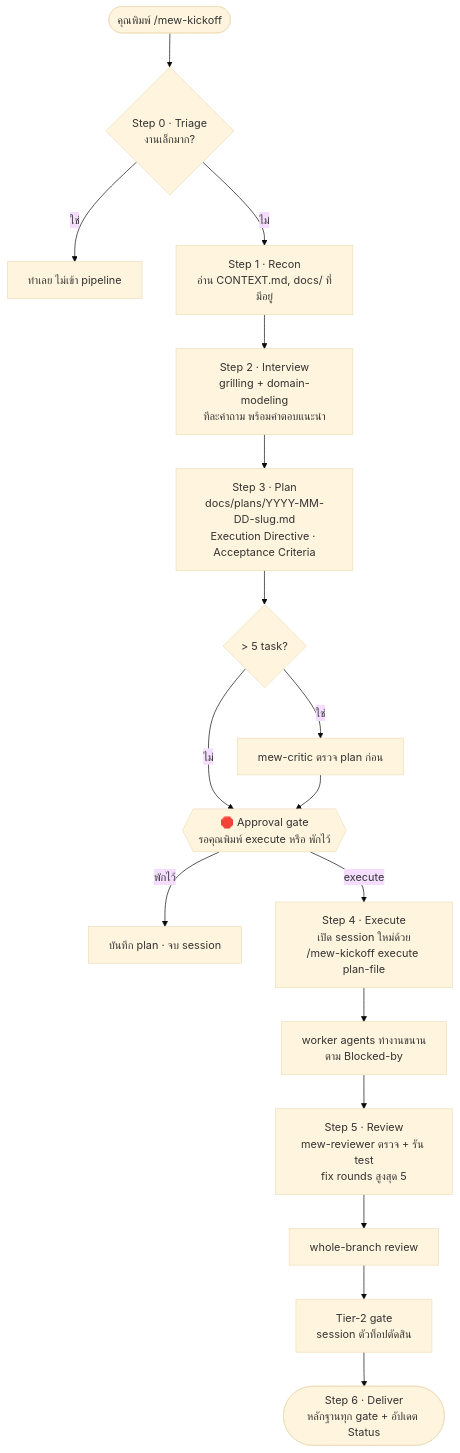
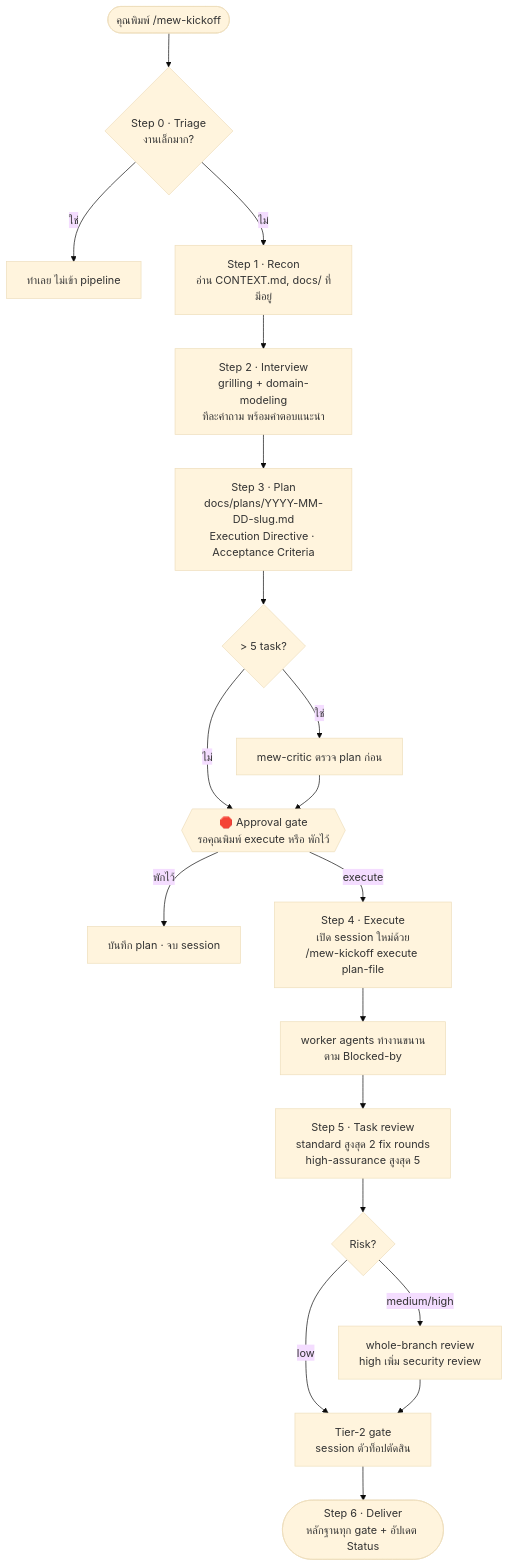
The diagram in README.md (mewic/mew-kickoff), drawn with Mermaid (base theme) before and after one commit. The commit also changed other lines of this file and 25 other files, not shown here.

````diff
--- a/README.md
+++ b/README.md
@@ -44,20 +44,23 @@
 ```mermaid
 flowchart TD
     A([คุณพิมพ์ /mew-kickoff]) --> B{Step 0 · Triage<br/>งานเล็กมาก?}
     B -- ใช่ --> B1[ทำเลย ไม่เข้า pipeline]
     B -- ไม่ --> C[Step 1 · Recon<br/>อ่าน CONTEXT.md, docs/ ที่มีอยู่]
     C --> D[Step 2 · Interview<br/>grilling + domain-modeling<br/>ทีละคำถาม พร้อมคำตอบแนะนำ]
     D --> E[Step 3 · Plan<br/>docs/plans/YYYY-MM-DD-slug.md<br/>Execution Directive · Acceptance Criteria]
     E --> E1{"> 5 task?"}
     E1 -- ใช่ --> E2[mew-critic ตรวจ plan ก่อน]
     E1 -- ไม่ --> F
     E2 --> F
     F{{"🛑 Approval gate<br/>รอคุณพิมพ์ execute หรือ พักไว้"}}
     F -- พักไว้ --> F1[บันทึก plan · จบ session]
     F -- execute --> G[Step 4 · Execute<br/>เปิด session ใหม่ด้วย<br/>/mew-kickoff execute plan-file]
     G --> H[worker agents ทำงานขนาน<br/>ตาม Blocked-by]
-    H --> I[Step 5 · Review<br/>mew-reviewer ตรวจ + รัน test<br/>fix rounds สูงสุด 5]
-    I --> J[whole-branch review]
-    J --> K[Tier-2 gate<br/>session ตัวท็อปตัดสิน]
+    H --> I[Step 5 · Task review<br/>standard สูงสุด 2 fix rounds<br/>high-assurance สูงสุด 5]
+    I --> J{Risk?}
+    J -- low --> K
+    J -- medium/high --> J1[whole-branch review<br/>high เพิ่ม security review]
+    J1 --> K
+    K[Tier-2 gate<br/>session ตัวท็อปตัดสิน]
     K --> L([Step 6 · Deliver<br/>หลักฐานทุก gate + อัปเดต Status])
 ```
````
